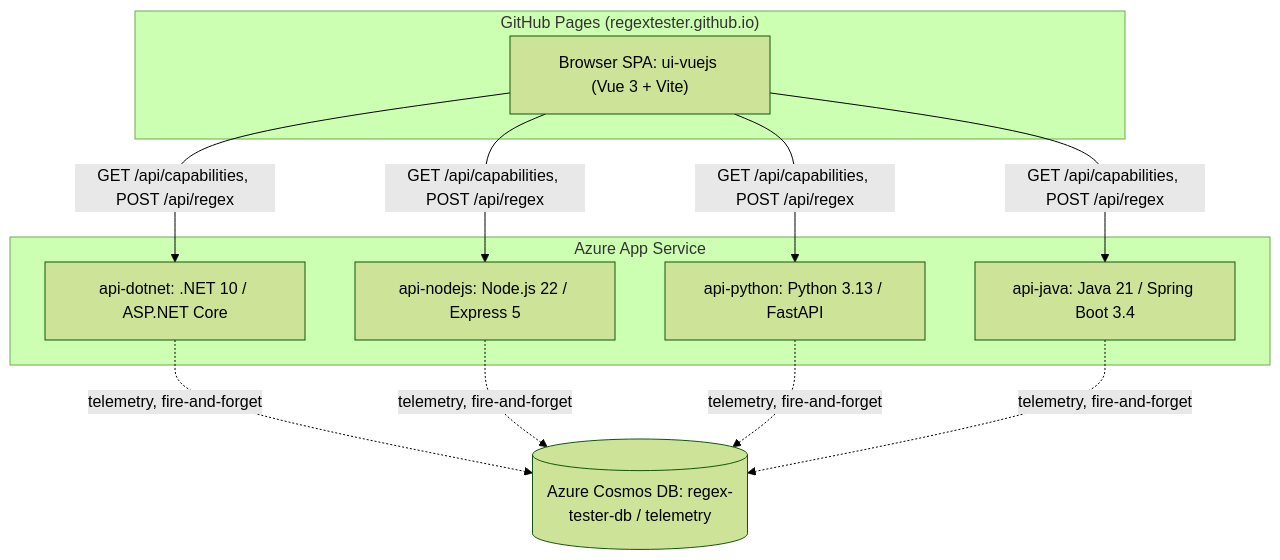
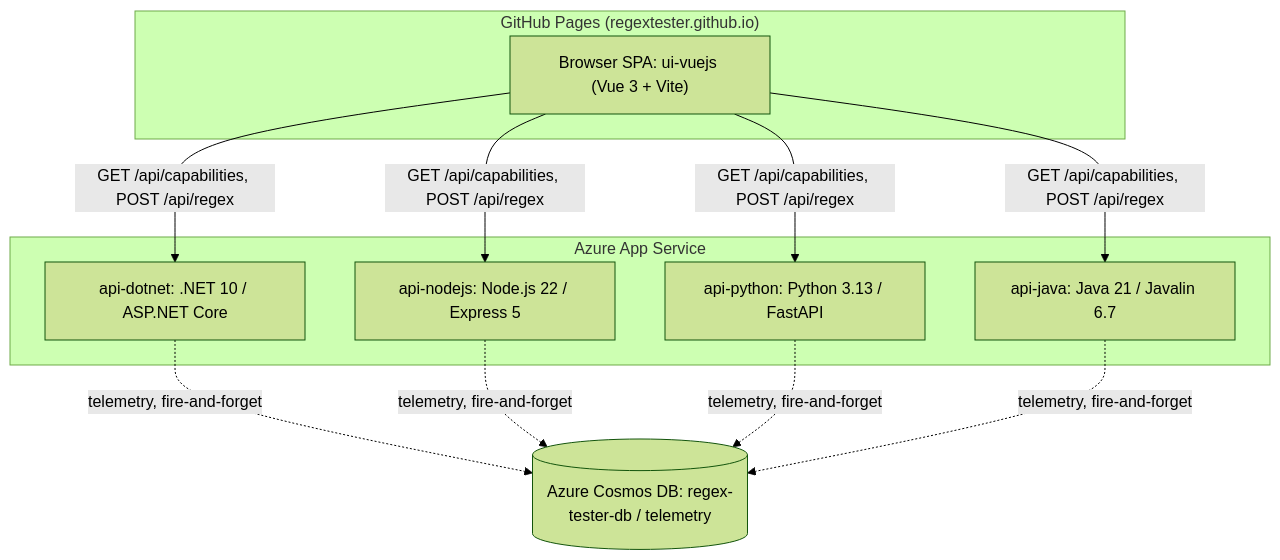
One commit to RegExTester/regex-tester changed the first of 2 diagrams in ARCHITECTURE.md. Above: the diagram before and after it, drawn with Mermaid (forest theme). The commit also changed other lines of this file and 57 other files, not shown here.

First line of the commit message:
Fix telemetry outage, move Cosmos to managed identity, replace Spring Boot with Javalin

````diff
--- a/ARCHITECTURE.md
+++ b/ARCHITECTURE.md
@@ -12,24 +12,24 @@
 ```mermaid
 flowchart TD
     subgraph Pages["GitHub Pages (regextester.github.io)"]
         SPA["Browser SPA: ui-vuejs (Vue 3 + Vite)"]
     end
 
     subgraph Azure["Azure App Service"]
         Dotnet["api-dotnet: .NET 10 / ASP.NET Core"]
         Nodejs["api-nodejs: Node.js 22 / Express 5"]
         Python["api-python: Python 3.13 / FastAPI"]
-        Java["api-java: Java 21 / Spring Boot 3.4"]
+        Java["api-java: Java 21 / Javalin 6.7"]
     end
 
     Cosmos[("Azure Cosmos DB: regex-tester-db / telemetry")]
 
     SPA -->|"GET /api/capabilities, POST /api/regex"| Dotnet
     SPA -->|"GET /api/capabilities, POST /api/regex"| Nodejs
     SPA -->|"GET /api/capabilities, POST /api/regex"| Python
     SPA -->|"GET /api/capabilities, POST /api/regex"| Java
     Dotnet -.->|"telemetry, fire-and-forget"| Cosmos
     Nodejs -.->|"telemetry, fire-and-forget"| Cosmos
     Python -.->|"telemetry, fire-and-forget"| Cosmos
     Java -.->|"telemetry, fire-and-forget"| Cosmos
 ```
````
